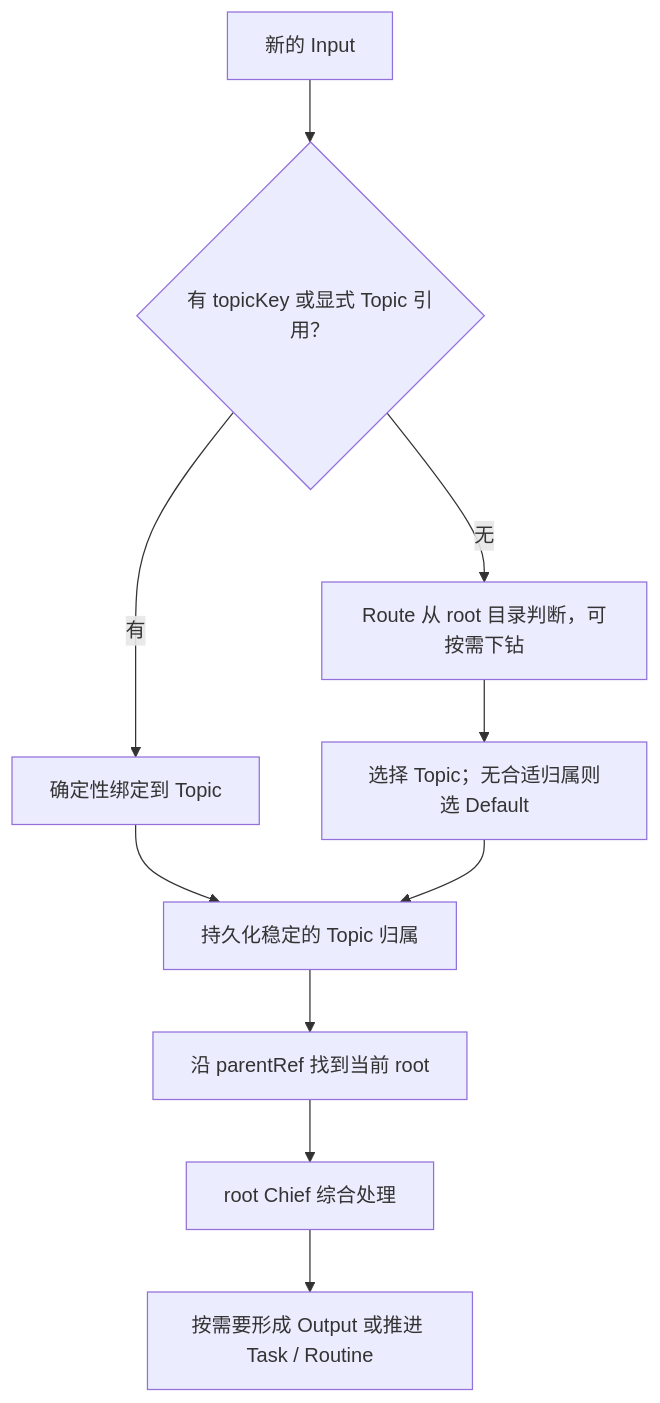
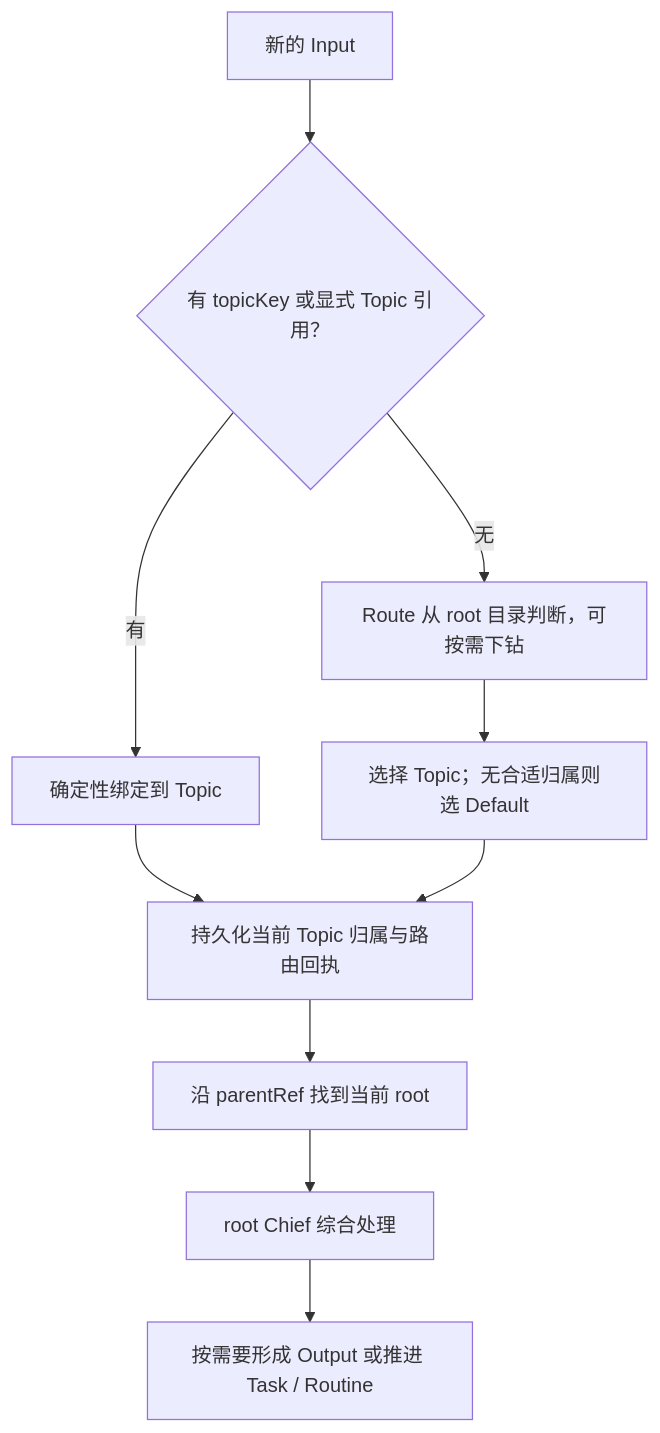
The diagram in docs/personal/topic.md (compforge/aide), drawn with Mermaid before and after one commit. The commit also changed other lines of this file and 96 other files, not shown here.

````diff
--- a/docs/personal/topic.md
+++ b/docs/personal/topic.md
@@ -88,12 +90,12 @@
 ```mermaid
 flowchart TD
     I["新的 Input"] --> K{"有 topicKey 或显式 Topic 引用？"}
     K -->|有| B["确定性绑定到 Topic"]
     K -->|无| R["Route 从 root 目录判断，可按需下钻"]
     R --> T["选择 Topic；无合适归属则选 Default"]
-    B --> L["持久化稳定的 Topic 归属"]
+    B --> L["持久化当前 Topic 归属与路由回执"]
     T --> L
     L --> P["沿 parentRef 找到当前 root"]
     P --> C["root Chief 综合处理"]
     C --> O["按需要形成 Output 或推进 Task / Routine"]
 ```
````
